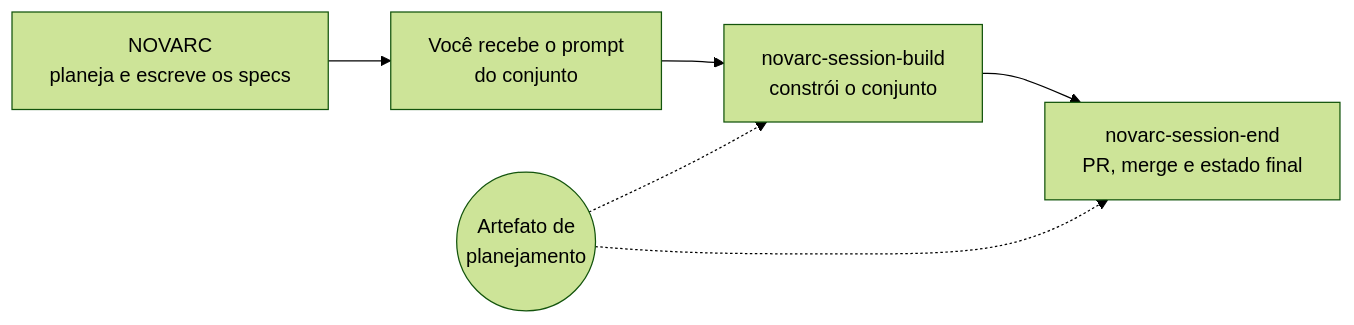
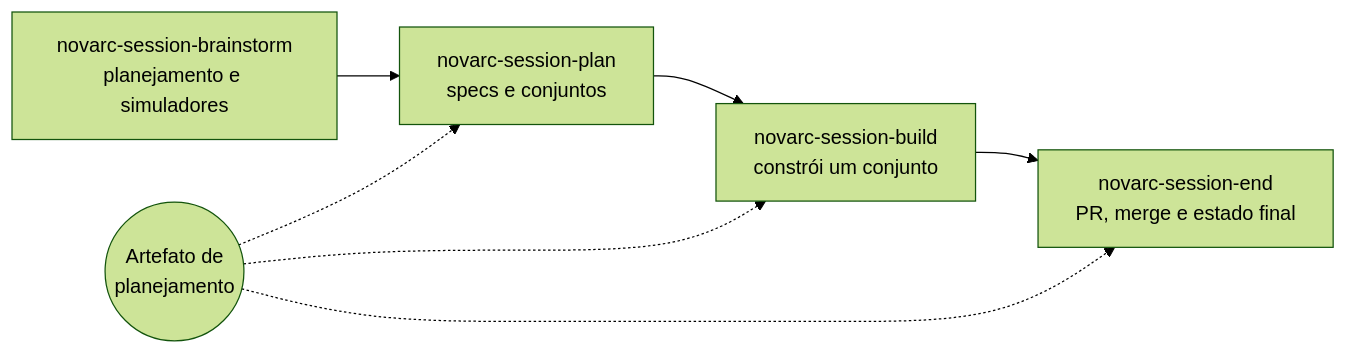
The diagram in README.md (NovArc-Sistemas/novarc-dev), drawn with Mermaid (forest theme) before and after one commit. The commit also changed other lines of this file and 72 other files, not shown here.

````diff
--- a/README.md
+++ b/README.md
@@ -24,8 +22,9 @@
 ```mermaid
 flowchart LR
-    A["NOVARC<br/>planeja e escreve os specs"] --> B["Você recebe o prompt<br/>do conjunto"]
-    B --> C["novarc-session-build<br/>constrói o conjunto"]
+    A["novarc-session-brainstorm<br/>planejamento e simuladores"] --> B["novarc-session-plan<br/>specs e conjuntos"]
+    B --> C["novarc-session-build<br/>constrói um conjunto"]
     C --> D["novarc-session-end<br/>PR, merge e estado final"]
-    E(("Artefato de<br/>planejamento")) -.-> C
+    E(("Artefato de<br/>planejamento")) -.-> B
+    E -.-> C
     E -.-> D
 ```
````
